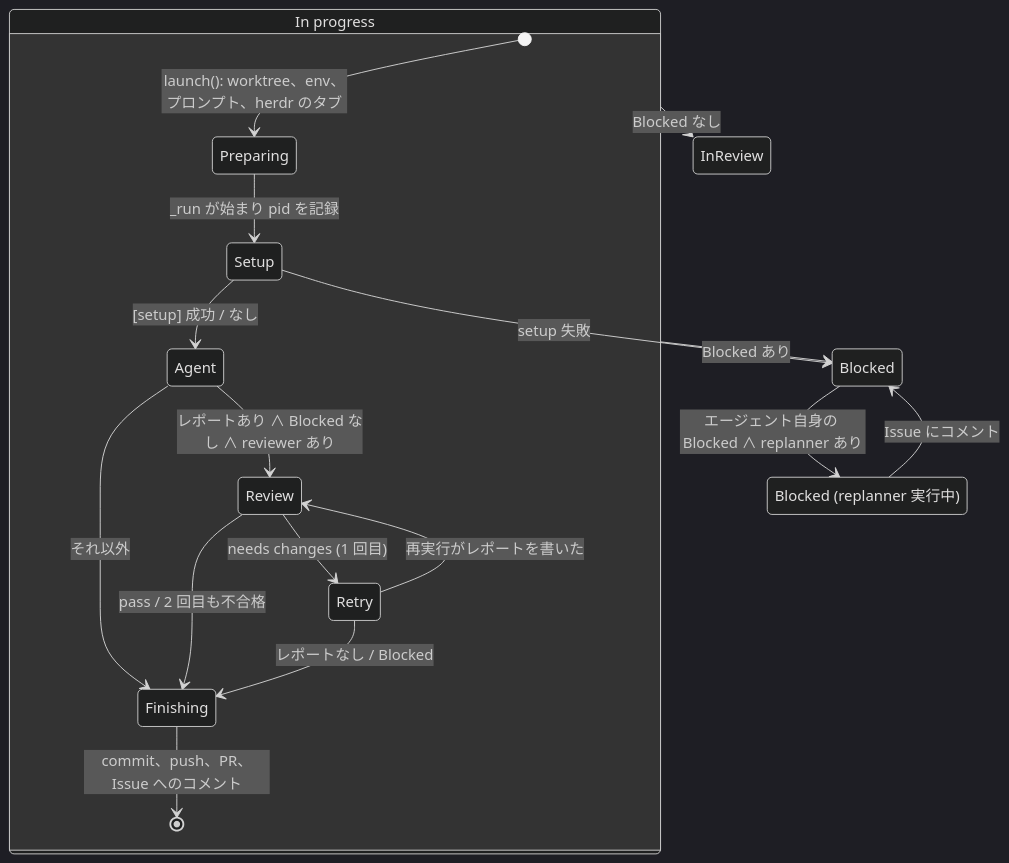
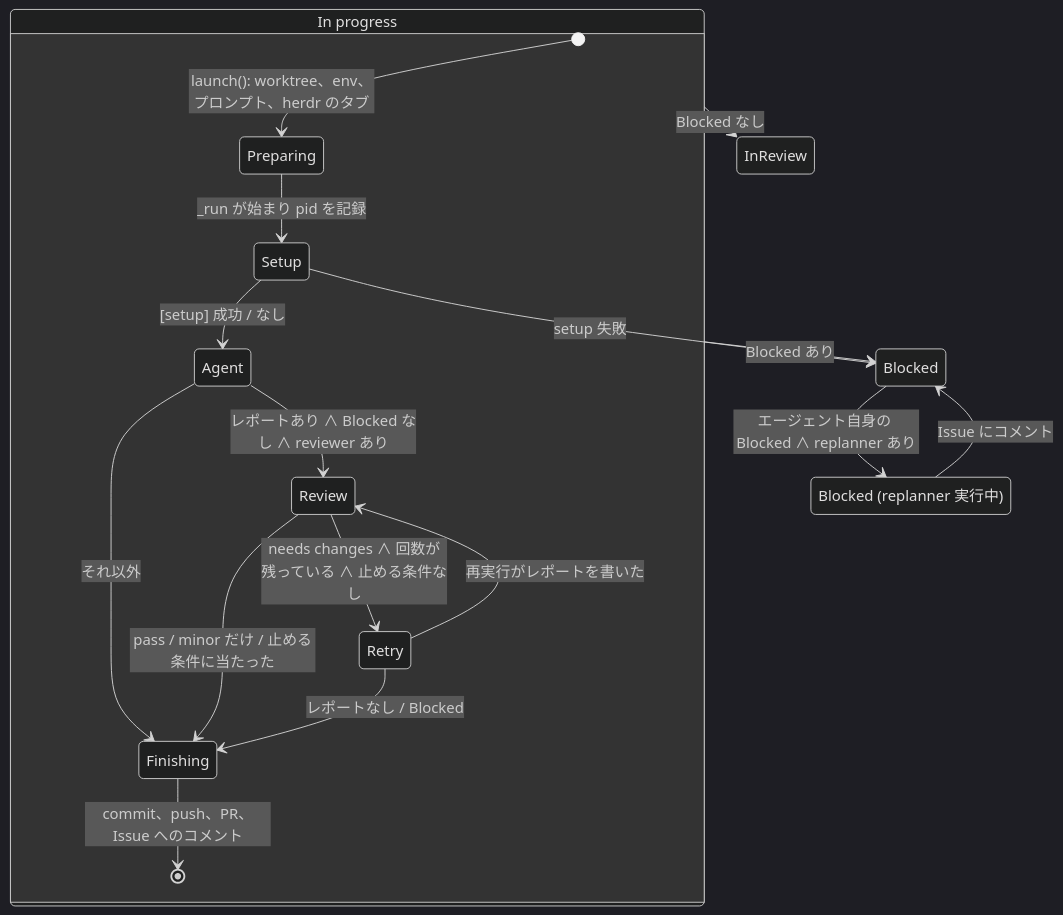
One commit to jyoka/task-hub changed the second of 2 diagrams in docs/roadmap-statecharts.md. Above: the diagram before and after it, drawn with Mermaid (dark theme). The commit also changed other lines of this file and 5 other files, not shown here.

````diff
--- a/docs/roadmap-statecharts.md
+++ b/docs/roadmap-statecharts.md
@@ -82,21 +82,21 @@
 ```mermaid
 stateDiagram-v2
     state "In progress" as IP {
         [*] --> Preparing: launch(): worktree、env、プロンプト、herdr のタブ
         Preparing --> Setup: _run が始まり pid を記録
         Setup --> Agent: [setup] 成功 / なし
         Agent --> Review: レポートあり ∧ Blocked なし ∧ reviewer あり
         Agent --> Finishing: それ以外
-        Review --> Finishing: pass / 2 回目も不合格
-        Review --> Retry: needs changes (1 回目)
+        Review --> Finishing: pass / minor だけ / 止める条件に当たった
+        Review --> Retry: needs changes ∧ 回数が残っている ∧ 止める条件なし
         Retry --> Review: 再実行がレポートを書いた
         Retry --> Finishing: レポートなし / Blocked
         Finishing --> [*]: commit、push、PR、Issue へのコメント
     }
     Setup --> Blocked: setup 失敗
     IP --> InReview: Blocked なし
     IP --> Blocked: Blocked あり
     state "Blocked (replanner 実行中)" as Replanning
     Blocked --> Replanning: エージェント自身の Blocked ∧ replanner あり
     Replanning --> Blocked: Issue にコメント
 ```
````
